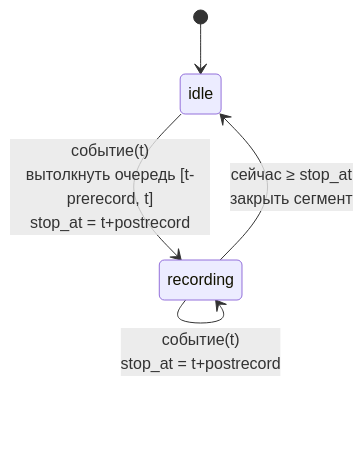
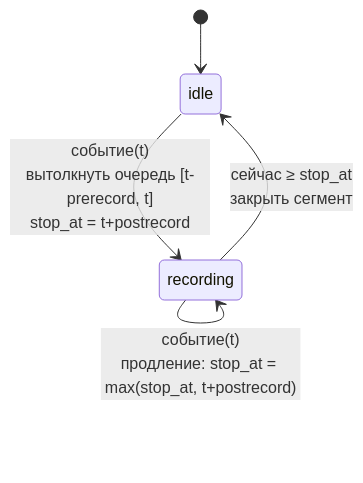
Before and after one commit to traycers/farc: the second of 2 diagrams in docs/docs/archive/10-capture-policy.md, drawn with Mermaid. The commit also changed other lines of this file, not shown here.

````diff
--- a/docs/docs/archive/10-capture-policy.md
+++ b/docs/docs/archive/10-capture-policy.md
@@ -77,7 +67,7 @@
 ```mermaid
 stateDiagram-v2
     [*] --> idle
     idle --> recording: событие(t)<br/>вытолкнуть очередь [t-prerecord, t]<br/>stop_at = t+postrecord
-    recording --> recording: событие(t)<br/>stop_at = t+postrecord
+    recording --> recording: событие(t)<br/>продление: stop_at = max(stop_at, t+postrecord)
     recording --> idle: сейчас ≥ stop_at<br/>закрыть сегмент
 ```
````
